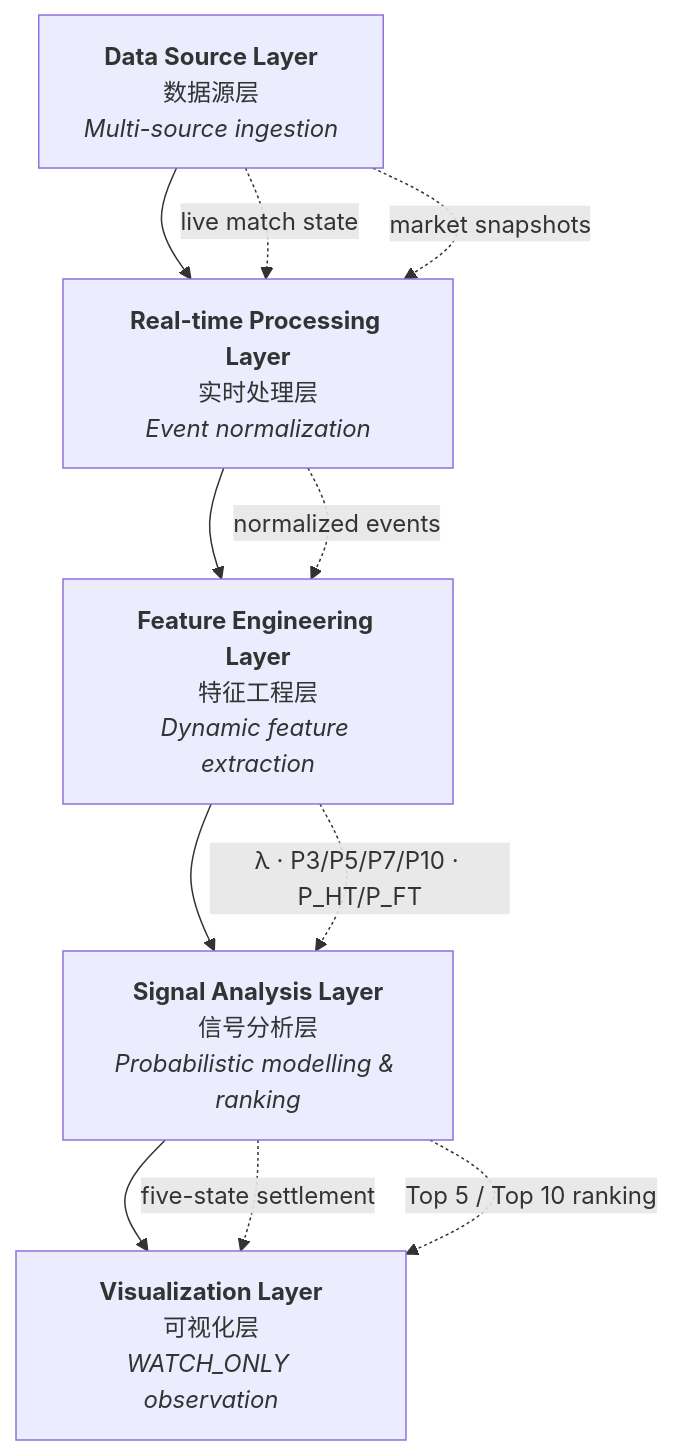
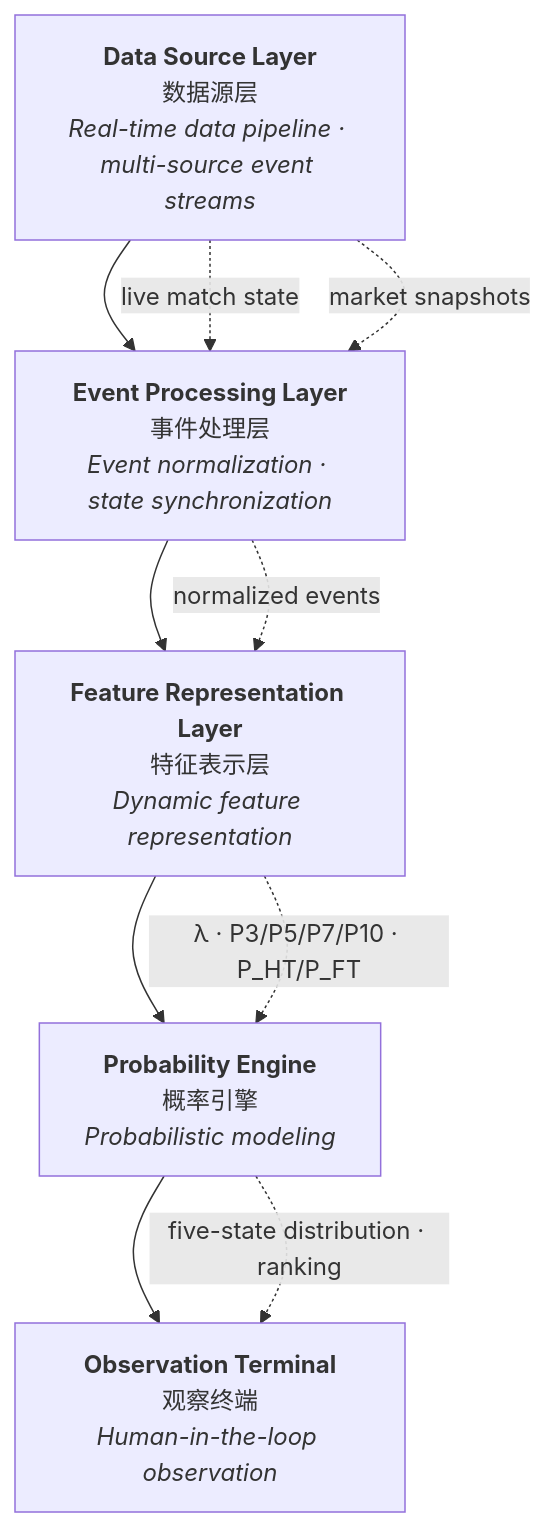
The first of 3 diagrams in README.md (gaobaobao0916-cpu/GoalFlux), drawn with Mermaid before and after one commit. The commit also changed other lines of this file and 2 other files, not shown here.

Commit message:
Upgrade GoalFlux public presentation layer

````diff
--- a/README.md
+++ b/README.md
@@ -120,13 +61,12 @@
 ```mermaid
 flowchart TD
-    A["<b>Data Source Layer</b><br/>数据源层<br/><i>Multi-source ingestion</i>"] --> B["<b>Real-time Processing Layer</b><br/>实时处理层<br/><i>Event normalization</i>"]
-    B --> C["<b>Feature Engineering Layer</b><br/>特征工程层<br/><i>Dynamic feature extraction</i>"]
-    C --> D["<b>Signal Analysis Layer</b><br/>信号分析层<br/><i>Probabilistic modelling & ranking</i>"]
-    D --> E["<b>Visualization Layer</b><br/>可视化层<br/><i>WATCH_ONLY observation</i>"]
+    A["<b>Data Source Layer</b><br/>数据源层<br/><i>Real-time data pipeline · multi-source event streams</i>"] --> B["<b>Event Processing Layer</b><br/>事件处理层<br/><i>Event normalization · state synchronization</i>"]
+    B --> C["<b>Feature Representation Layer</b><br/>特征表示层<br/><i>Dynamic feature representation</i>"]
+    C --> D["<b>Probability Engine</b><br/>概率引擎<br/><i>Probabilistic modeling</i>"]
+    D --> E["<b>Observation Terminal</b><br/>观察终端<br/><i>Human-in-the-loop observation</i>"]
     A -.->|"live match state"| B
     A -.->|"market snapshots"| B
     B -.->|"normalized events"| C
     C -.->|"λ · P3/P5/P7/P10 · P_HT/P_FT"| D
-    D -.->|"five-state settlement"| E
-    D -.->|"Top 5 / Top 10 ranking"| E
+    D -.->|"five-state distribution · ranking"| E
 ```
````
